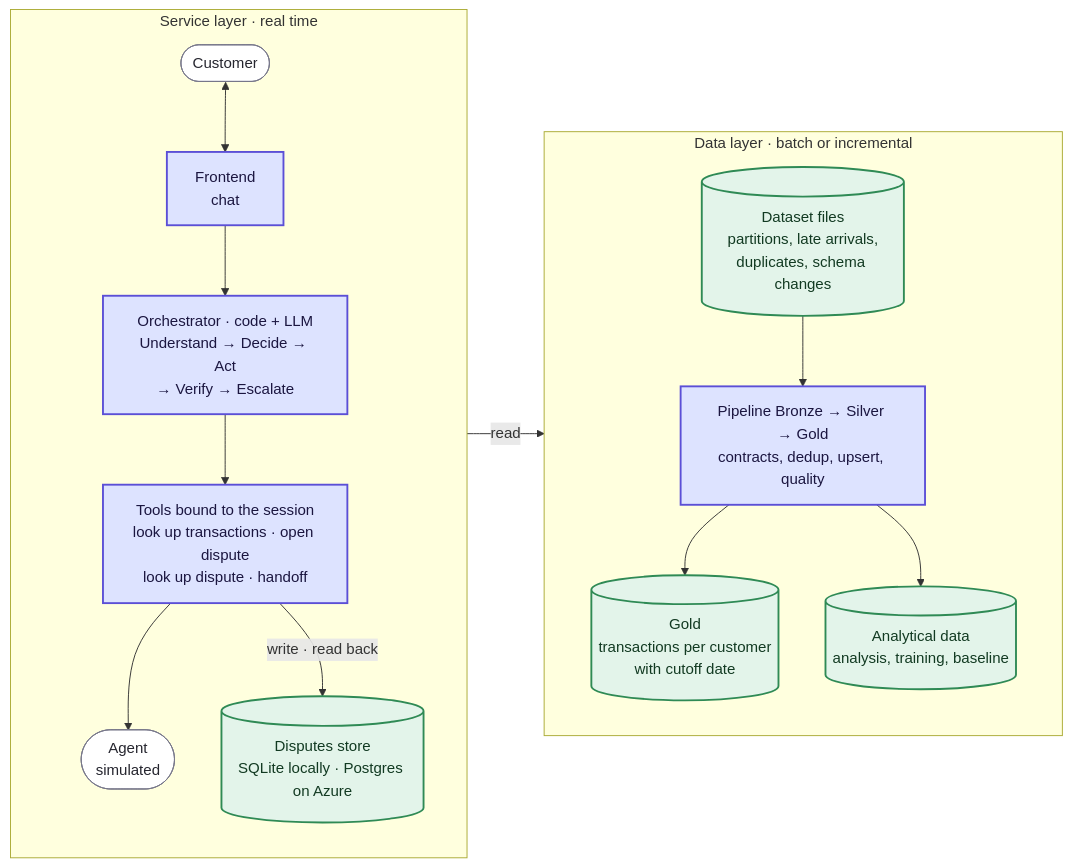
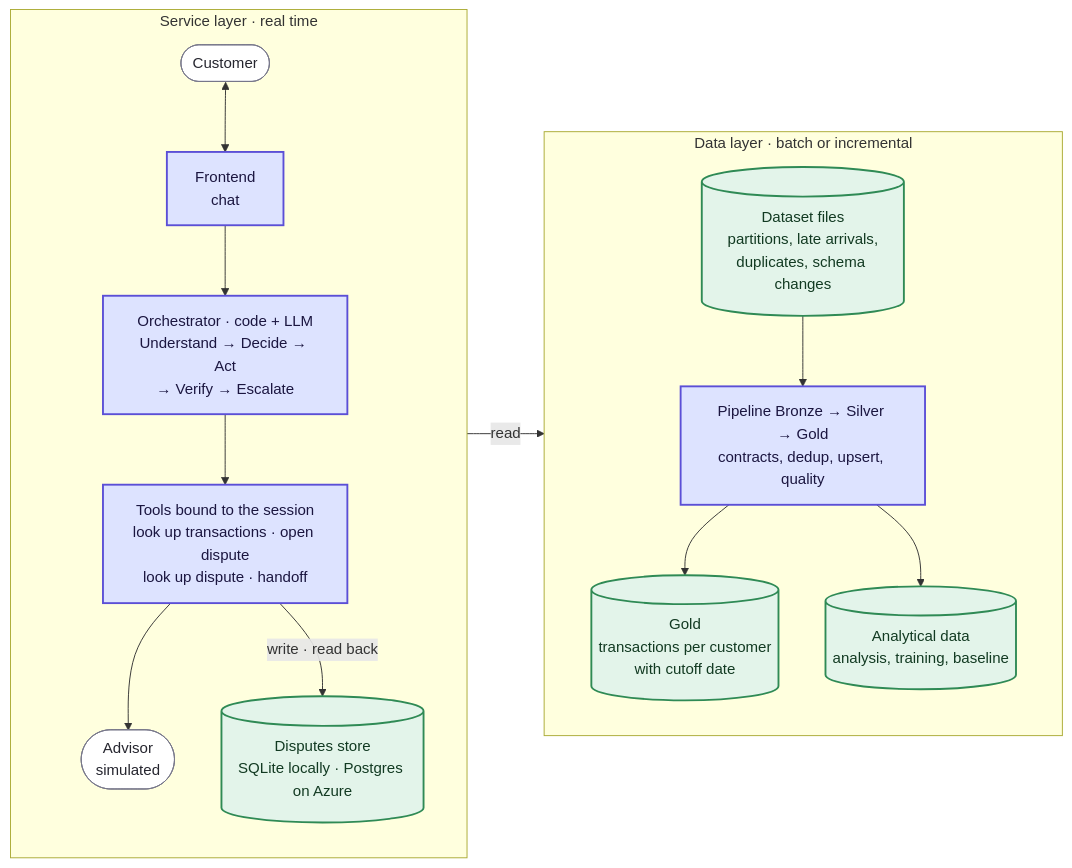
One commit to rdorta27/factored-hackathon-2026-sentinel-engine changed the first of 4 diagrams in docs/understand/architecture.md. Above: the diagram before and after it, drawn with Mermaid. The commit also changed other lines of this file and 16 other files, not shown here.

First line of the commit message:
docs: separate advisor from agent, stages from layers, and settle PII wording

````diff
--- a/docs/understand/architecture.md
+++ b/docs/understand/architecture.md
@@ -13,27 +13,27 @@
 ```mermaid
 flowchart LR
     subgraph service["Service layer · real time"]
         direction TB
         client(["Customer"]) <--> frontend["Frontend<br/>chat"]
         frontend --> orch["Orchestrator · code + LLM<br/>Understand → Decide → Act<br/>→ Verify → Escalate"]
         orch --> tools["Tools bound to the session<br/>look up transactions · open dispute<br/>look up dispute · handoff"]
-        tools --> agent(["Agent<br/>simulated"])
+        tools --> advisor(["Advisor<br/>simulated"])
         tools -- "write · read back" --> disputes[("Disputes store<br/>SQLite locally · Postgres on Azure")]
     end
     subgraph dataL["Data layer · batch or incremental"]
         direction TB
         files[("Dataset files<br/>partitions, late arrivals,<br/>duplicates, schema changes")] --> pipe["Pipeline Bronze → Silver → Gold<br/>contracts, dedup, upsert, quality"]
         pipe --> gold[("Gold<br/>transactions per customer<br/>with cutoff date")]
         pipe --> anstore[("Analytical data<br/>analysis, training, baseline")]
     end
     tools -- "read" --> gold
 
     classDef real fill:#dde3ff,stroke:#5b4fd6,stroke-width:2px,color:#1b1640
     classDef mock fill:#ffe9c7,stroke:#c77d12,stroke-width:2px,stroke-dasharray:6 4,color:#3a2a00
     classDef store fill:#e3f4ea,stroke:#2f8a55,stroke-width:2px,color:#123a22
     classDef proposed fill:#f1f1f4,stroke:#77778a,stroke-width:2px,stroke-dasharray:4 3,color:#26262f
     classDef ext fill:#ffffff,stroke:#77778a,stroke-width:1px,color:#26262f
-    class client,agent ext
+    class client,advisor ext
     class frontend,orch,tools,pipe real
     class files,gold,anstore,disputes store
 ```
````
